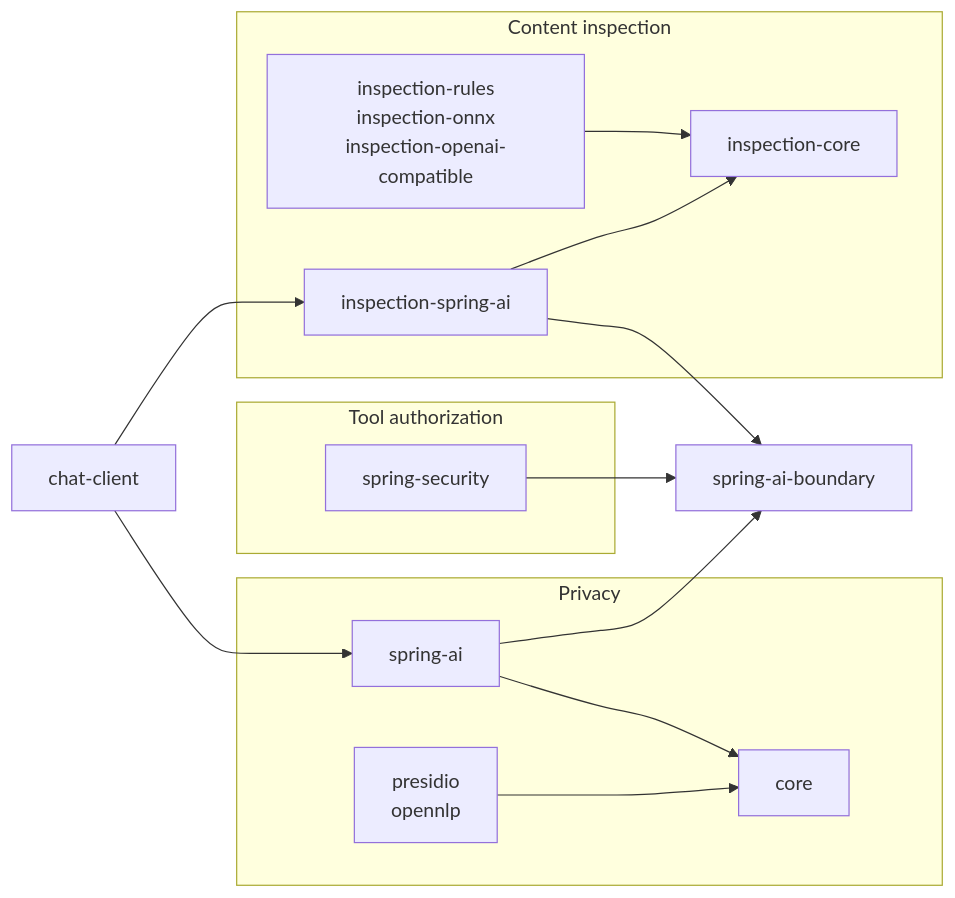
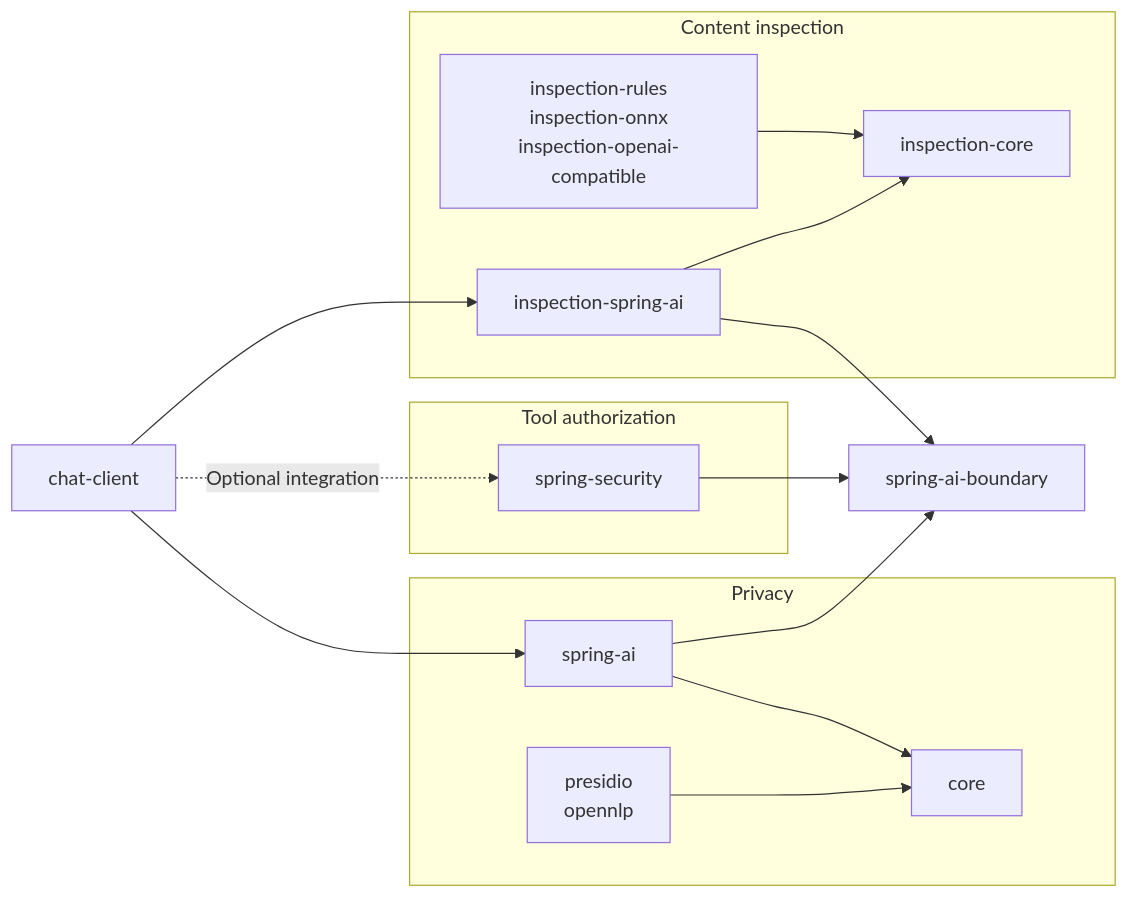
One commit to ultramancode/spring-ai-privacy-guardrails changed the third of 5 diagrams in docs/architecture.md. Above: the diagram before and after it, drawn with Mermaid. The commit also changed other lines of this file and 13 other files, not shown here.

Commit message:
docs: simplify wording and clarify architecture

````diff
--- a/docs/architecture.md
+++ b/docs/architecture.md
@@ -71,24 +72,25 @@
 ```mermaid
 flowchart LR
     CLIENT["chat-client"]
 
     subgraph PRIVACY["Privacy"]
         SAI["spring-ai"] --> CORE["core"]
         ANALYZERS["presidio<br/>opennlp"] --> CORE
     end
 
     subgraph SECURITY["Tool authorization"]
         SEC["spring-security"]
     end
 
     subgraph INSPECTION["Content inspection"]
         BACKENDS["inspection-rules<br/>inspection-onnx<br/>inspection-openai-compatible"] --> ICORE["inspection-core"]
         ISA["inspection-spring-ai"] --> ICORE
     end
 
     CLIENT --> ISA
     CLIENT --> SAI
+    CLIENT -. "Optional integration" .-> SEC
     SAI --> BOUNDARY["spring-ai-boundary"]
     SEC --> BOUNDARY
     ISA --> BOUNDARY
 ```
````
